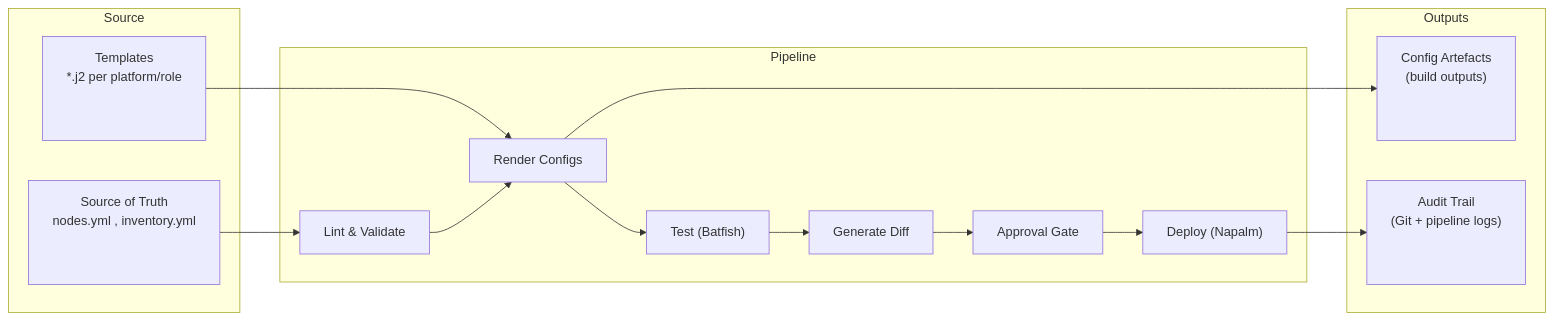
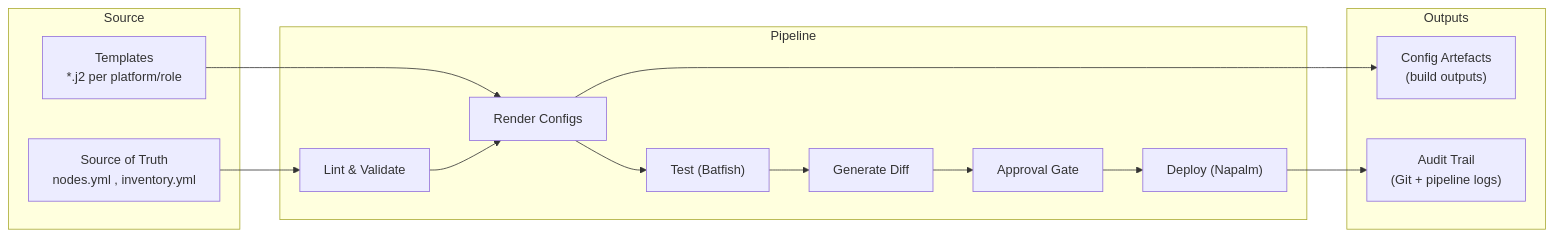
One commit to ppklau/network_automation_handbook changed the first of 4 diagrams in 06-architecture-patterns/chapter.md. Above: the diagram before and after it, drawn with Mermaid. The commit also changed other lines of this file and 9 other files, not shown here.

Commit message:
Updated Mermaid charts.

````diff
--- a/06-architecture-patterns/chapter.md
+++ b/06-architecture-patterns/chapter.md
@@ -58,31 +58,31 @@
 ```mermaid
 graph LR
     subgraph "Source"
-        SOT["<div style='min-height:100px'>Source of Truth<br>nodes.yml , inventory.yml"]
-        TMPL["<div style='min-height:100px'>Templates<br>*.j2 per platform/role"]
+        SOT["Source of Truth<br>nodes.yml , inventory.yml"]
+        TMPL["Templates<br>*.j2 per platform/role"]
     end
 
     subgraph "Pipeline"
         LINT["Lint & Validate"]
         RENDER["Render Configs"]
         TEST["Test (Batfish)"]
         DIFF["Generate Diff"]
         APPROVE["Approval Gate"]
         DEPLOY["Deploy (Napalm)"]
     end
 
     subgraph "Outputs"
-        ARTEFACT["<div style='min-height:100px'>Config Artefacts<br>(build outputs)</div>"]
-        AUDIT["<div style='min-height:100px'>Audit Trail<br>(Git + pipeline logs)</div>"]
+        ARTEFACT["Config Artefacts<br>(build outputs)"]
+        AUDIT["Audit Trail<br>(Git + pipeline logs)"]
     end
 
     SOT --> LINT
     TMPL --> RENDER
     LINT --> RENDER
     RENDER --> TEST
     TEST --> DIFF
     DIFF --> APPROVE
     APPROVE --> DEPLOY
     RENDER --> ARTEFACT
     DEPLOY --> AUDIT
 ```
````
